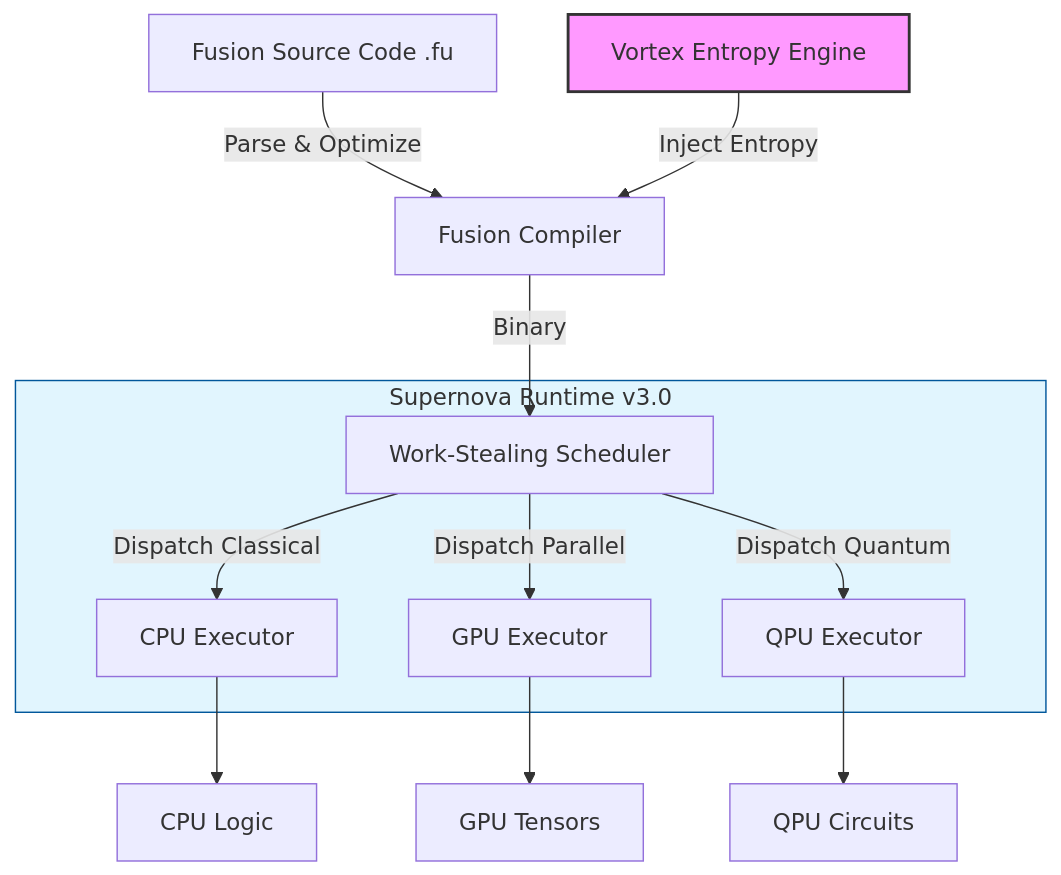
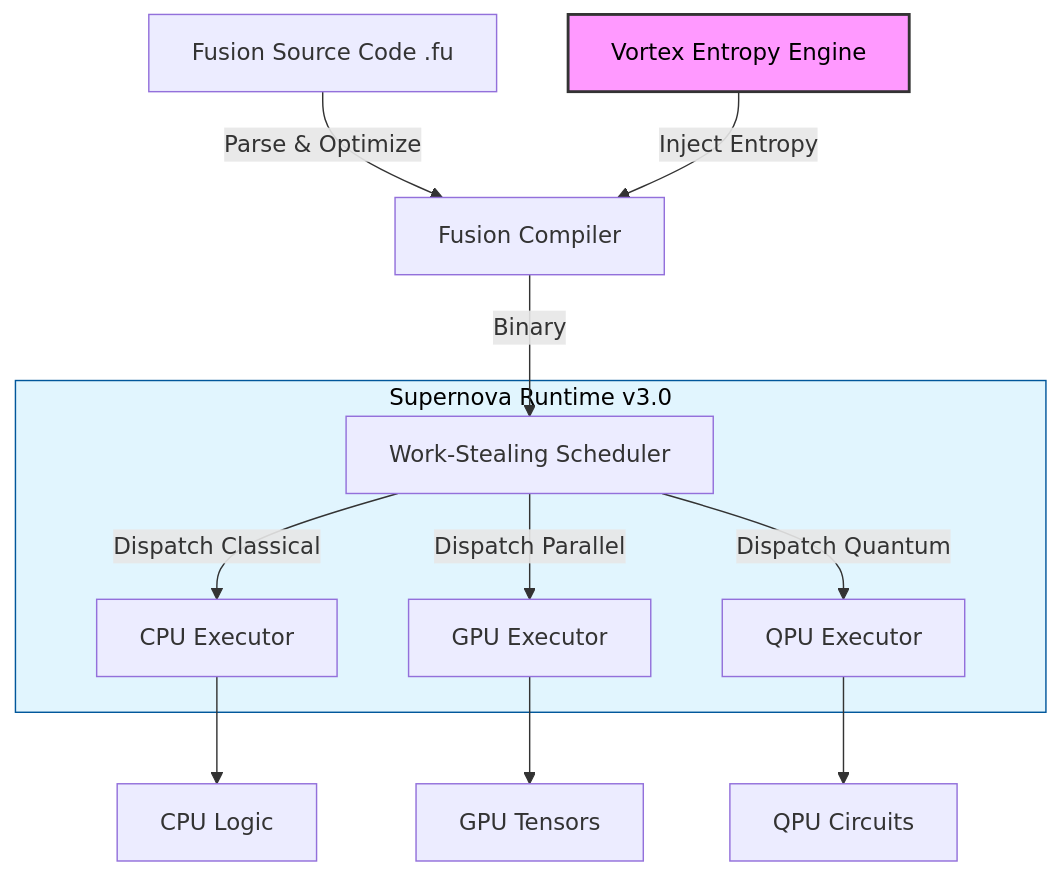
The diagram in README.md (QuantumSecureTechnologiesInc/Fusion-Vortex), drawn with Mermaid before and after one commit.

Commit message:
Docs: Improve Mermaid diagram visibility (black text)

````diff
--- a/README.md
+++ b/README.md
@@ -59,35 +59,35 @@
 ```mermaid
 graph TD
     %% Nodes
     Source[Fusion Source Code .fu]
     Compiler[Fusion Compiler]
     Vortex[Vortex Entropy Engine]
     
     subgraph Supernova_Runtime [Supernova Runtime v3.0]
         Scheduler[Work-Stealing Scheduler]
         CPU_Exec[CPU Executor]
         GPU_Exec[GPU Executor]
         QPU_Exec[QPU Executor]
     end
     
     Hardware_CPU[CPU Logic]
     Hardware_GPU[GPU Tensors]
     Hardware_QPU[QPU Circuits]
 
     %% Flow
     Source -->|Parse & Optimize| Compiler
     Vortex -->|Inject Entropy| Compiler
     Compiler -->|Binary| Scheduler
     
     Scheduler -->|Dispatch Classical| CPU_Exec
     Scheduler -->|Dispatch Parallel| GPU_Exec
     Scheduler -->|Dispatch Quantum| QPU_Exec
     
     CPU_Exec --> Hardware_CPU
     GPU_Exec --> Hardware_GPU
     QPU_Exec --> Hardware_QPU
     
     %% Styling
-    style Vortex fill:#f9f,stroke:#333,stroke-width:2px
-    style Supernova_Runtime fill:#e1f5fe,stroke:#01579b
+    style Vortex fill:#f9f,stroke:#333,stroke-width:2px,color:#000
+    style Supernova_Runtime fill:#e1f5fe,stroke:#01579b,color:#000
 ```
````
